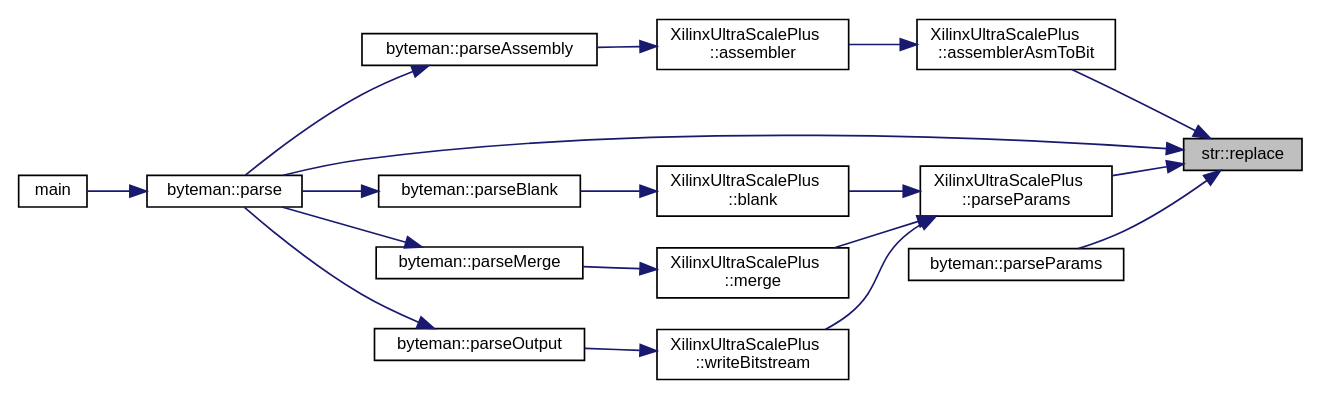
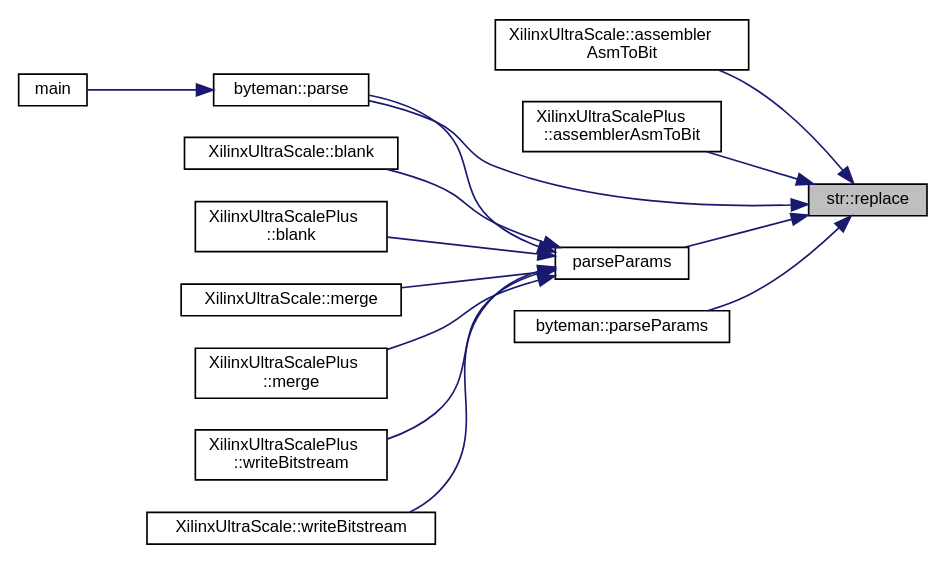
Before and after one commit to FPGA-Research-Manchester/byteman: the diagram in namespacestr_ac23568893d7dd0123ecfc9105c9f3a69_icgraph.dot, drawn with Graphviz. The commit also changed 2369 other files, not shown here.

```diff
--- a/namespacestr_ac23568893d7dd0123ecfc9105c9f3a69_icgraph.dot
+++ b/namespacestr_ac23568893d7dd0123ecfc9105c9f3a69_icgraph.dot
@@ -1,39 +1,34 @@
 digraph "str::replace"
 {
  // INTERACTIVE_SVG=YES
  // LATEX_PDF_SIZE
   edge [fontname="Helvetica",fontsize="10",labelfontname="Helvetica",labelfontsize="10"];
   node [fontname="Helvetica",fontsize="10",shape=record];
   rankdir="RL";
   Node1 [label="str::replace",height=0.2,width=0.4,color="black", fillcolor="grey75", style="filled", fontcolor="black",tooltip="Replaces all instances of oldChar in string str with newChar and returns the resulting string."];
   Node1 -> Node2 [dir="back",color="midnightblue",fontsize="10",style="solid",fontname="Helvetica"];
-  Node2 [label="XilinxUltraScalePlus\l::assemblerAsmToBit",height=0.2,width=0.4,color="black", fillcolor="white", style="filled",URL="$classXilinxUltraScalePlus.html#a058802c627c4177c6fd88ca079551207",tooltip=" "];
-  Node2 -> Node3 [dir="back",color="midnightblue",fontsize="10",style="solid",fontname="Helvetica"];
-  Node3 [label="XilinxUltraScalePlus\l::assembler",height=0.2,width=0.4,color="black", fillcolor="white", style="filled",URL="$classXilinxUltraScalePlus.html#a53e5f6ec962f1f2a961f90b8b9e90e10",tooltip=" "];
-  Node3 -> Node4 [dir="back",color="midnightblue",fontsize="10",style="solid",fontname="Helvetica"];
-  Node4 [label="byteman::parseAssembly",height=0.2,width=0.4,color="black", fillcolor="white", style="filled",URL="$classbyteman.html#a5e7f2e31d95626075a6ce22b54ecbbf8",tooltip=" "];
+  Node2 [label="XilinxUltraScale::assembler\lAsmToBit",height=0.2,width=0.4,color="black", fillcolor="white", style="filled",URL="$classXilinxUltraScale.html#ae59064108c5ceddce061542356c05a41",tooltip=" "];
+  Node1 -> Node3 [dir="back",color="midnightblue",fontsize="10",style="solid",fontname="Helvetica"];
+  Node3 [label="XilinxUltraScalePlus\l::assemblerAsmToBit",height=0.2,width=0.4,color="black", fillcolor="white", style="filled",URL="$classXilinxUltraScalePlus.html#a058802c627c4177c6fd88ca079551207",tooltip=" "];
+  Node1 -> Node4 [dir="back",color="midnightblue",fontsize="10",style="solid",fontname="Helvetica"];
+  Node4 [label="byteman::parse",height=0.2,width=0.4,color="black", fillcolor="white", style="filled",URL="$classbyteman.html#a0ce0e992678e3f8b51cc5e01cea14ddb",tooltip=" "];
   Node4 -> Node5 [dir="back",color="midnightblue",fontsize="10",style="solid",fontname="Helvetica"];
-  Node5 [label="byteman::parse",height=0.2,width=0.4,color="black", fillcolor="white", style="filled",URL="$classbyteman.html#a0ce0e992678e3f8b51cc5e01cea14ddb",tooltip=" "];
-  Node5 -> Node6 [dir="back",color="midnightblue",fontsize="10",style="solid",fontname="Helvetica"];
-  Node6 [label="main",height=0.2,width=0.4,color="black", fillcolor="white", style="filled",URL="$byteman_8cpp.html#a0ddf1224851353fc92bfbff6f499fa97",tooltip=" "];
-  Node1 -> Node5 [dir="back",color="midnightblue",fontsize="10",style="solid",fontname="Helvetica"];
-  Node1 -> Node7 [dir="back",color="midnightblue",fontsize="10",style="solid",fontname="Helvetica"];
-  Node7 [label="XilinxUltraScalePlus\l::parseParams",height=0.2,width=0.4,color="black", fillcolor="white", style="filled",URL="$classXilinxUltraScalePlus.html#aafd36c932d3c93bac078997a32ca8bc6",tooltip=" "];
-  Node7 -> Node8 [dir="back",color="midnightblue",fontsize="10",style="solid",fontname="Helvetica"];
+  Node5 [label="main",height=0.2,width=0.4,color="black", fillcolor="white", style="filled",URL="$byteman_8cpp.html#a0ddf1224851353fc92bfbff6f499fa97",tooltip=" "];
+  Node1 -> Node6 [dir="back",color="midnightblue",fontsize="10",style="solid",fontname="Helvetica"];
+  Node6 [label="parseParams",height=0.2,width=0.4,color="black", fillcolor="white", style="filled",URL="$XCAP__inline__ParseParams_8h.html#a7f22499069a08d35dfe2ec4697d03056",tooltip=" "];
+  Node6 -> Node7 [dir="back",color="midnightblue",fontsize="10",style="solid",fontname="Helvetica"];
+  Node7 [label="XilinxUltraScale::blank",height=0.2,width=0.4,color="black", fillcolor="white", style="filled",URL="$classXilinxUltraScale.html#aefd9670bda072f396ec1b02916288b8f",tooltip=" "];
+  Node6 -> Node8 [dir="back",color="midnightblue",fontsize="10",style="solid",fontname="Helvetica"];
   Node8 [label="XilinxUltraScalePlus\l::blank",height=0.2,width=0.4,color="black", fillcolor="white", style="filled",URL="$classXilinxUltraScalePlus.html#a15434be327a556f42ae679ad8715f876",tooltip=" "];
-  Node8 -> Node9 [dir="back",color="midnightblue",fontsize="10",style="solid",fontname="Helvetica"];
-  Node9 [label="byteman::parseBlank",height=0.2,width=0.4,color="black", fillcolor="white", style="filled",URL="$classbyteman.html#afb42b36016cdfadc1ef23800d674f9c0",tooltip=" "];
-  Node9 -> Node5 [dir="back",color="midnightblue",fontsize="10",style="solid",fontname="Helvetica"];
-  Node7 -> Node10 [dir="back",color="midnightblue",fontsize="10",style="solid",fontname="Helvetica"];
+  Node6 -> Node9 [dir="back",color="midnightblue",fontsize="10",style="solid",fontname="Helvetica"];
+  Node9 [label="XilinxUltraScale::merge",height=0.2,width=0.4,color="black", fillcolor="white", style="filled",URL="$classXilinxUltraScale.html#a6b42cd68a7bb4727c5f3c9076c21bdf1",tooltip=" "];
+  Node6 -> Node10 [dir="back",color="midnightblue",fontsize="10",style="solid",fontname="Helvetica"];
   Node10 [label="XilinxUltraScalePlus\l::merge",height=0.2,width=0.4,color="black", fillcolor="white", style="filled",URL="$classXilinxUltraScalePlus.html#aa0e0292dad364e72a422f4733f5ca207",tooltip=" "];
-  Node10 -> Node11 [dir="back",color="midnightblue",fontsize="10",style="solid",fontname="Helvetica"];
-  Node11 [label="byteman::parseMerge",height=0.2,width=0.4,color="black", fillcolor="white", style="filled",URL="$classbyteman.html#a012f7c0279dac10df52f2e7927a8bfef",tooltip=" "];
-  Node11 -> Node5 [dir="back",color="midnightblue",fontsize="10",style="solid",fontname="Helvetica"];
-  Node7 -> Node12 [dir="back",color="midnightblue",fontsize="10",style="solid",fontname="Helvetica"];
-  Node12 [label="XilinxUltraScalePlus\l::writeBitstream",height=0.2,width=0.4,color="black", fillcolor="white", style="filled",URL="$classXilinxUltraScalePlus.html#a7f2a7c34766d004adc6f1cfe1bdd62e7",tooltip=" "];
-  Node12 -> Node13 [dir="back",color="midnightblue",fontsize="10",style="solid",fontname="Helvetica"];
-  Node13 [label="byteman::parseOutput",height=0.2,width=0.4,color="black", fillcolor="white", style="filled",URL="$classbyteman.html#a2ff1e5c9e9b542e9f74768b296ace32f",tooltip=" "];
-  Node13 -> Node5 [dir="back",color="midnightblue",fontsize="10",style="solid",fontname="Helvetica"];
-  Node1 -> Node14 [dir="back",color="midnightblue",fontsize="10",style="solid",fontname="Helvetica"];
-  Node14 [label="byteman::parseParams",height=0.2,width=0.4,color="black", fillcolor="white", style="filled",URL="$classbyteman.html#a35c7e4e4d0723a72cfb064333af321f6",tooltip=" "];
+  Node6 -> Node4 [dir="back",color="midnightblue",fontsize="10",style="solid",fontname="Helvetica"];
+  Node6 -> Node11 [dir="back",color="midnightblue",fontsize="10",style="solid",fontname="Helvetica"];
+  Node11 [label="XilinxUltraScalePlus\l::writeBitstream",height=0.2,width=0.4,color="black", fillcolor="white", style="filled",URL="$classXilinxUltraScalePlus.html#a7f2a7c34766d004adc6f1cfe1bdd62e7",tooltip=" "];
+  Node6 -> Node12 [dir="back",color="midnightblue",fontsize="10",style="solid",fontname="Helvetica"];
+  Node12 [label="XilinxUltraScale::writeBitstream",height=0.2,width=0.4,color="black", fillcolor="white", style="filled",URL="$classXilinxUltraScale.html#ae7bdd2bbb29cb3ef06c611605d997287",tooltip=" "];
+  Node1 -> Node13 [dir="back",color="midnightblue",fontsize="10",style="solid",fontname="Helvetica"];
+  Node13 [label="byteman::parseParams",height=0.2,width=0.4,color="black", fillcolor="white", style="filled",URL="$classbyteman.html#a35c7e4e4d0723a72cfb064333af321f6",tooltip=" "];
 }
```
